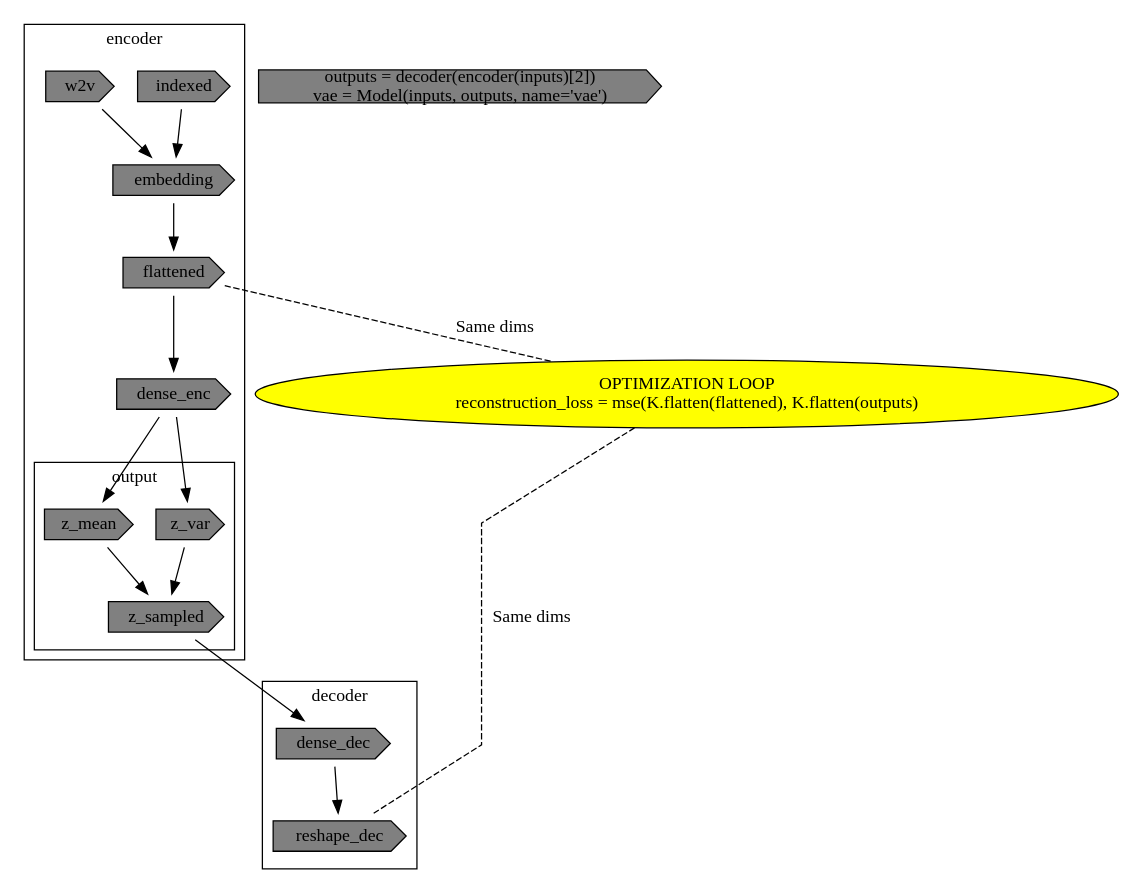
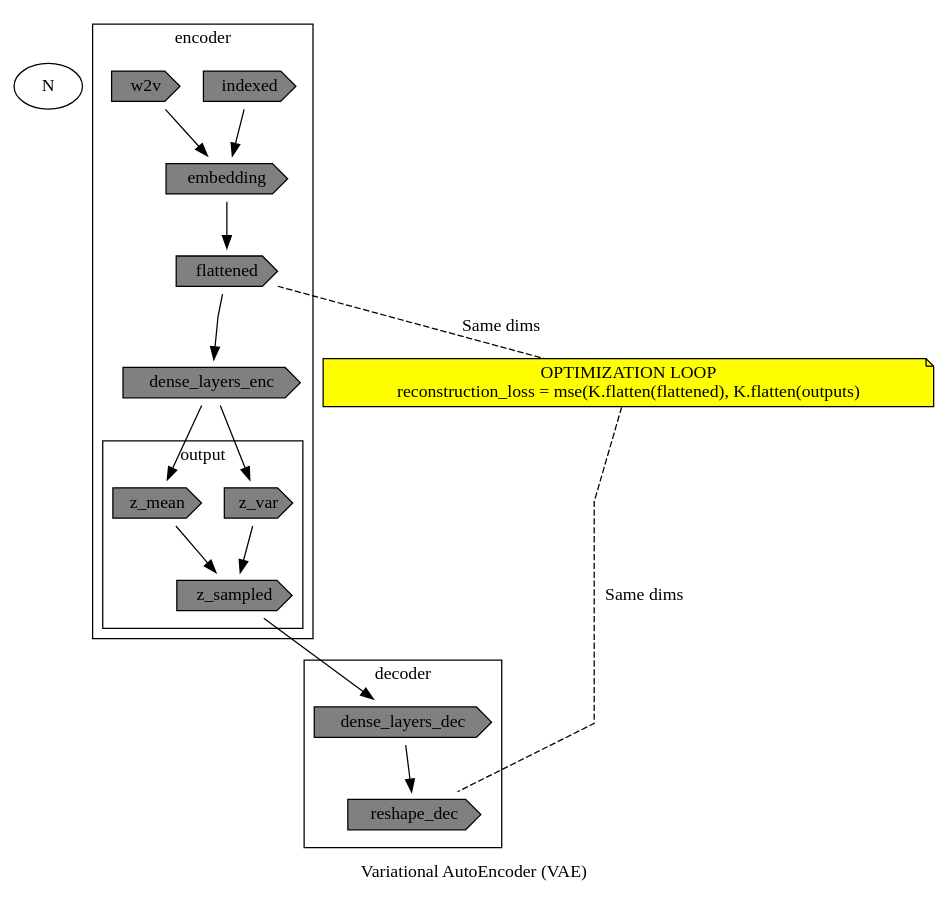
One commit to matthewwritter/keras_sandbox01 changed the diagram in vae_model.dot. Above: the diagram before and after it, drawn with Graphviz. The commit also changed 15 other files, not shown here.

```diff
--- a/vae_model.dot
+++ b/vae_model.dot
@@ -1,32 +1,31 @@
 digraph G {
+label="Variational AutoEncoder (VAE)"N
 splines=polyline
 node [shape=cds style=filled fillcolor=gray]
 
 subgraph cluster_enc {
     subgraph cluster_enc {
         label = output
         color = black
         z_mean; z_var; z_sampled
     }
 
-label = encoder
-color = black
-{indexed w2v} -> embedding -> flattened -> dense_enc -> {z_mean z_var} -> z_sampled
+    label = encoder
+    color = black
+    {indexed w2v} -> embedding -> flattened -> dense_layers_enc -> {z_mean z_var} -> z_sampled
 
 }
 
 subgraph cluster_dec {
     label = decoder
     color = black
-    dense_dec -> reshape_dec
+    dense_layers_dec -> reshape_dec
 }
 
-temp [label= "outputs = decoder(encoder(inputs)[2])
-vae = Model(inputs, outputs, name='vae')"]
-temp2 [label="OPTIMIZATION LOOP\nreconstruction_loss = mse(K.flatten(flattened), K.flatten(outputs)" shape=oval style=filled fillcolor=yellow]
+label01 [label="OPTIMIZATION LOOP\nreconstruction_loss = mse(K.flatten(flattened), K.flatten(outputs)" shape=note style=filled fillcolor=yellow]
 
-flattened -> temp2 -> reshape_dec [arrowhead=none style=dashed label="Same dims"]
+flattened -> label01 -> reshape_dec [arrowhead=none style=dashed label="Same dims"]
 
-z_sampled -> dense_dec
+z_sampled -> dense_layers_dec
 
 }
```
